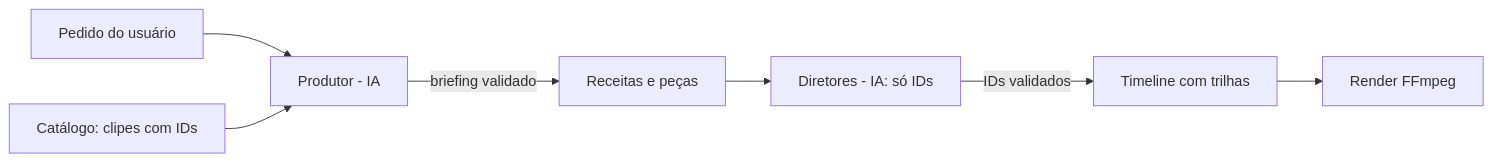
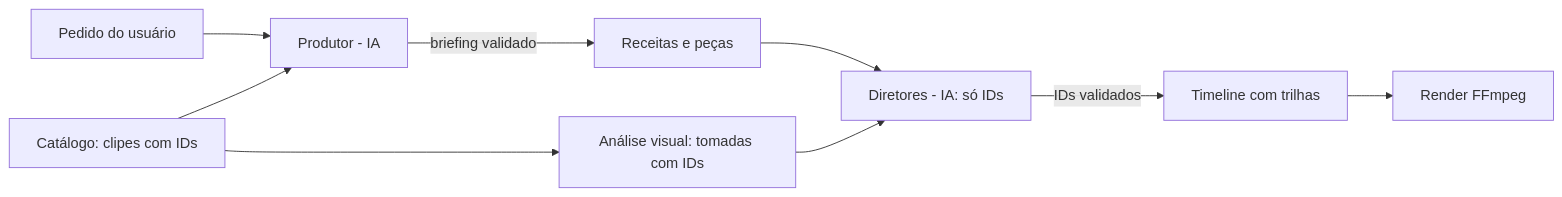
Before and after one commit to vitaoooooo/ai-video-editor: the diagram in docs/ARQUITETURA.md, drawn with Mermaid. The commit also changed other lines of this file and 6 other files, not shown here.

````diff
--- a/docs/ARQUITETURA.md
+++ b/docs/ARQUITETURA.md
@@ -36,9 +37,11 @@
 ```mermaid
 flowchart LR
     U[Pedido do usuário] --> P[Produtor - IA]
     C[Catálogo: clipes com IDs] --> P
+    C --> V[Análise visual: tomadas com IDs]
+    V --> D
     P -->|briefing validado| R[Receitas e peças]
     R --> D[Diretores - IA: só IDs]
     D -->|IDs validados| T[Timeline com trilhas]
     T --> F[Render FFmpeg]
 ```
````
